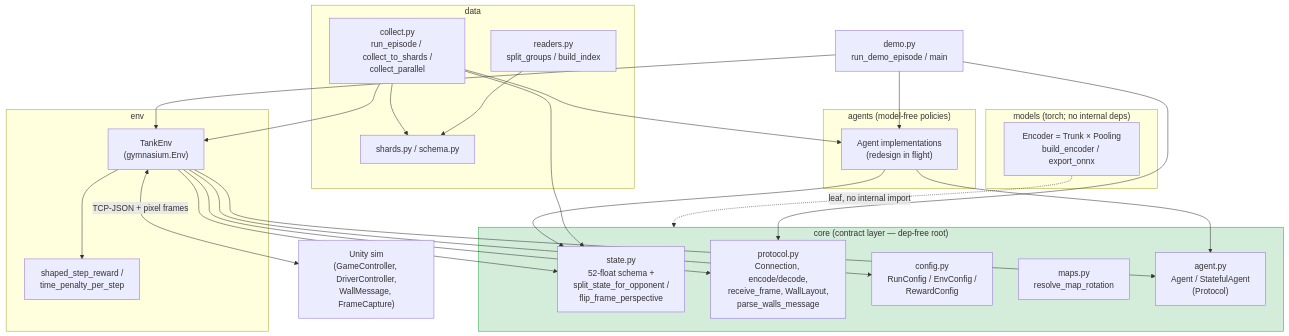
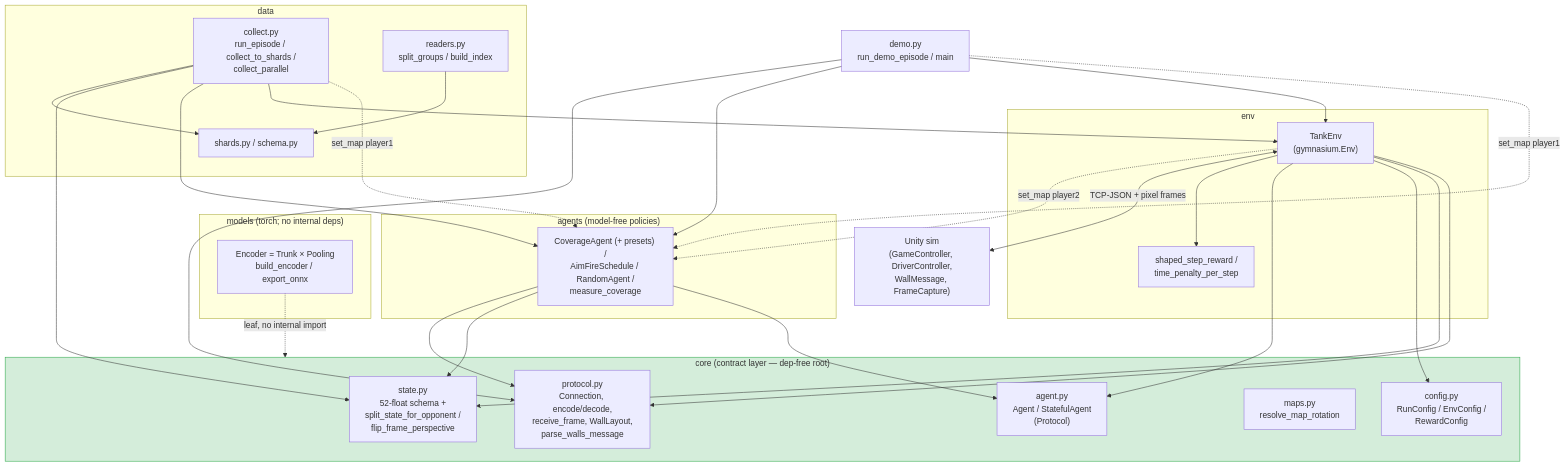
The diagram in docs/architecture.md (urciuolim/TankTwinStickShooter), drawn with Mermaid before and after one commit. The commit also changed other lines of this file and 7 other files, not shown here.

First line of the commit message:
docs: document the map-aware policy family + the set_map edge

````diff
--- a/docs/architecture.md
+++ b/docs/architecture.md
@@ -27,63 +27,69 @@
 ```mermaid
 graph TD
     subgraph core["core (contract layer — dep-free root)"]
         State["state.py<br/>52-float schema +<br/>split_state_for_opponent /<br/>flip_frame_perspective"]
         Protocol["protocol.py<br/>Connection, encode/decode,<br/>receive_frame, WallLayout,<br/>parse_walls_message"]
         Config["config.py<br/>RunConfig / EnvConfig /<br/>RewardConfig"]
         Maps["maps.py<br/>resolve_map_rotation"]
         AgentProto["agent.py<br/>Agent / StatefulAgent<br/>(Protocol)"]
     end
 
     subgraph models["models (torch; no internal deps)"]
         Encoder["Encoder = Trunk × Pooling<br/>build_encoder / export_onnx"]
     end
 
     subgraph agents["agents (model-free policies)"]
-        AgentImpls["Agent implementations<br/>(redesign in flight)"]
+        AgentImpls["CoverageAgent (+ presets) /<br/>AimFireSchedule / RandomAgent /<br/>measure_coverage"]
     end
 
     subgraph env["env"]
         TankEnv["TankEnv<br/>(gymnasium.Env)"]
         Rewards["shaped_step_reward /<br/>time_penalty_per_step"]
     end
 
     subgraph data["data"]
         Collect["collect.py<br/>run_episode / collect_to_shards /<br/>collect_parallel"]
         Shards["shards.py / schema.py"]
         Readers["readers.py<br/>split_groups / build_index"]
     end
 
     Demo["demo.py<br/>run_demo_episode / main"]
 
     Unity["Unity sim<br/>(GameController, DriverController,<br/>WallMessage, FrameCapture)"]
 
     %% env wiring
     TankEnv --> Protocol
     TankEnv --> State
     TankEnv --> Config
     TankEnv --> AgentProto
     TankEnv --> Rewards
     TankEnv <-->|TCP-JSON + pixel frames| Unity
 
     %% agents wiring
     AgentImpls --> AgentProto
     AgentImpls --> State
+    AgentImpls --> Protocol
+
+    %% map hook: WallLayout reaches a map-aware agent via the optional set_map hook
+    TankEnv -.->|set_map player2| AgentImpls
+    Collect -.->|set_map player1| AgentImpls
+    Demo -.->|set_map player1| AgentImpls
 
     %% models wiring
     Encoder -.->|leaf, no internal import| core
 
     %% data wiring
     Collect --> TankEnv
     Collect --> AgentImpls
     Collect --> State
     Collect --> Shards
     Readers --> Shards
 
     %% demo wiring
     Demo --> TankEnv
     Demo --> AgentImpls
     Demo --> Protocol
 
     classDef root fill:#d4edda,stroke:#28a745;
     class core root;
 ```
````
